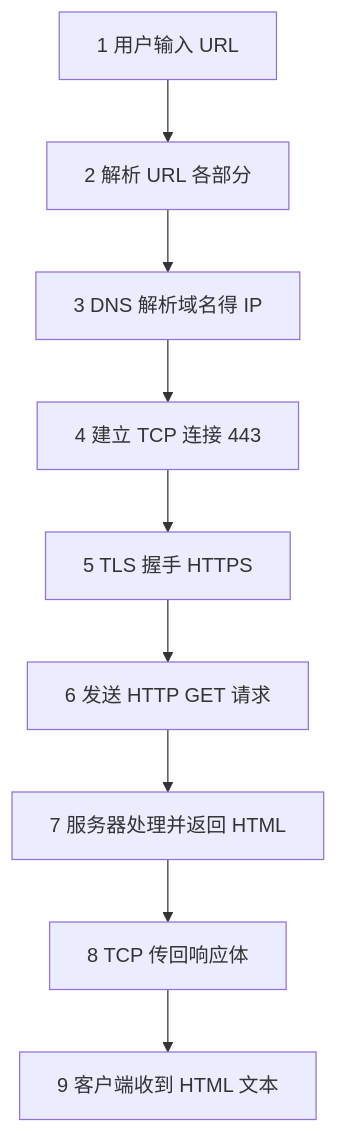
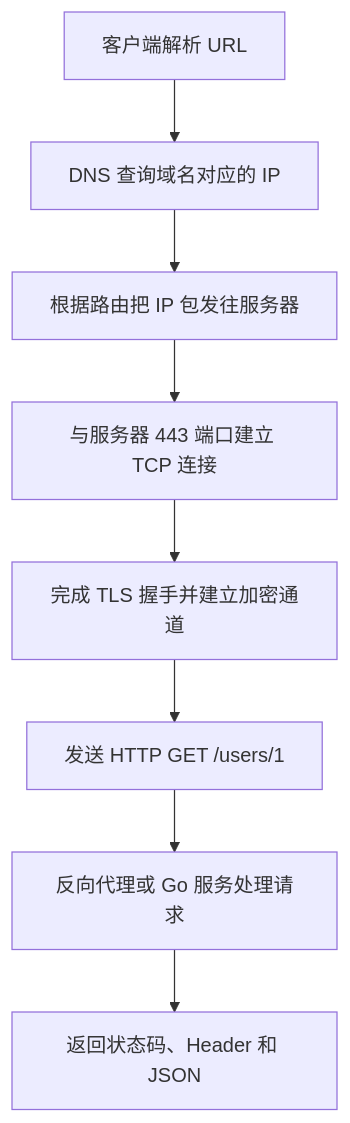
The diagram in 前端学习/计算机网络/01-网络分层与通信基础.md (moqix26/study), drawn with Mermaid before and after one commit. The commit also changed other lines of this file and 49 other files, not shown here.

````diff
--- a/前端学习/计算机网络/01-网络分层与通信基础.md
+++ b/前端学习/计算机网络/01-网络分层与通信基础.md
@@ -422,11 +296,10 @@
 ```mermaid
-flowchart TB
-  A[1 用户输入 URL] --> B[2 解析 URL 各部分]
-  B --> C[3 DNS 解析域名得 IP]
-  C --> D[4 建立 TCP 连接 443]
-  D --> E[5 TLS 握手 HTTPS]
-  E --> F[6 发送 HTTP GET 请求]
-  F --> G[7 服务器处理并返回 HTML]
-  G --> H[8 TCP 传回响应体]
-  H --> I[9 客户端收到 HTML 文本]
+flowchart TD
+    A["客户端解析 URL"] --> B["DNS 查询域名对应的 IP"]
+    B --> C["根据路由把 IP 包发往服务器"]
+    C --> D["与服务器 443 端口建立 TCP 连接"]
+    D --> E["完成 TLS 握手并建立加密通道"]
+    E --> F["发送 HTTP GET /users/1"]
+    F --> G["反向代理或 Go 服务处理请求"]
+    G --> H["返回状态码、Header 和 JSON"]
 ```
````
